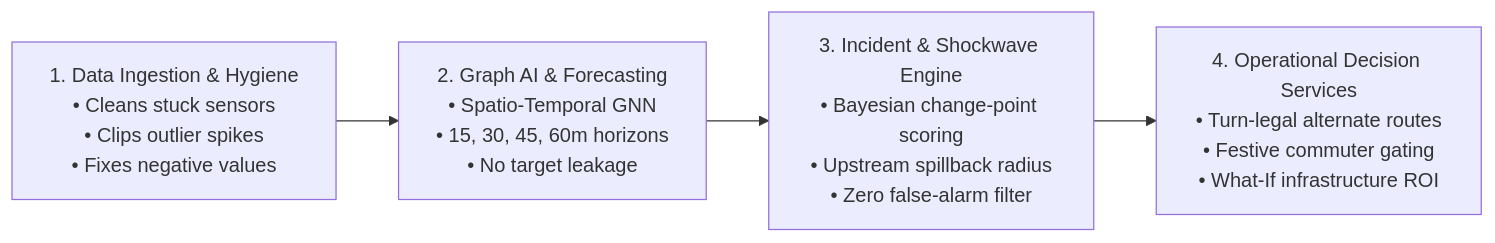
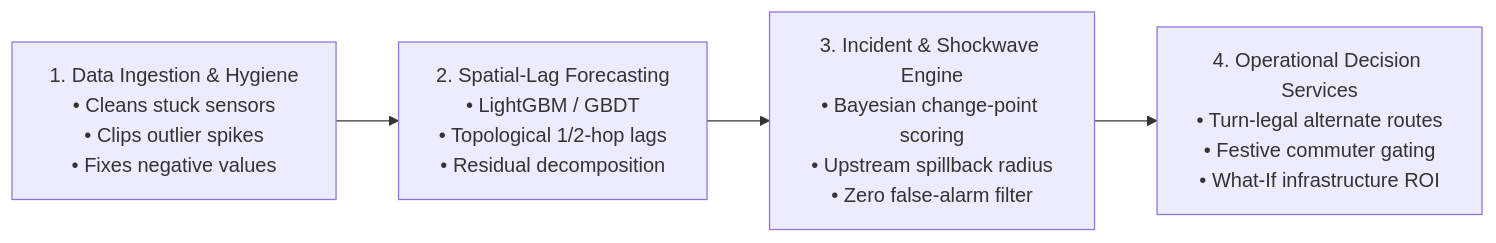
The diagram in README.md (Jiteshreddy123/Gatimarg), drawn with Mermaid before and after one commit. The commit also changed other lines of this file and 2 other files, not shown here.

Commit message:
fix(methodology): replace data-hungry ST-GNN with Spatial-Lag LightGBM and historical residual decomposition suited for 15-day sample scale

````diff
--- a/README.md
+++ b/README.md
@@ -89,6 +89,6 @@
 ```mermaid
 flowchart LR
-    A["1. Data Ingestion & Hygiene\n• Cleans stuck sensors\n• Clips outlier spikes\n• Fixes negative values"] --> B["2. Graph AI & Forecasting\n• Spatio-Temporal GNN\n• 15, 30, 45, 60m horizons\n• No target leakage"]
+    A["1. Data Ingestion & Hygiene\n• Cleans stuck sensors\n• Clips outlier spikes\n• Fixes negative values"] --> B["2. Spatial-Lag Forecasting\n• LightGBM / GBDT\n• Topological 1/2-hop lags\n• Residual decomposition"]
     B --> C["3. Incident & Shockwave Engine\n• Bayesian change-point scoring\n• Upstream spillback radius\n• Zero false-alarm filter"]
     C --> D["4. Operational Decision Services\n• Turn-legal alternate routes\n• Festive commuter gating\n• What-If infrastructure ROI"]
 ```
````
